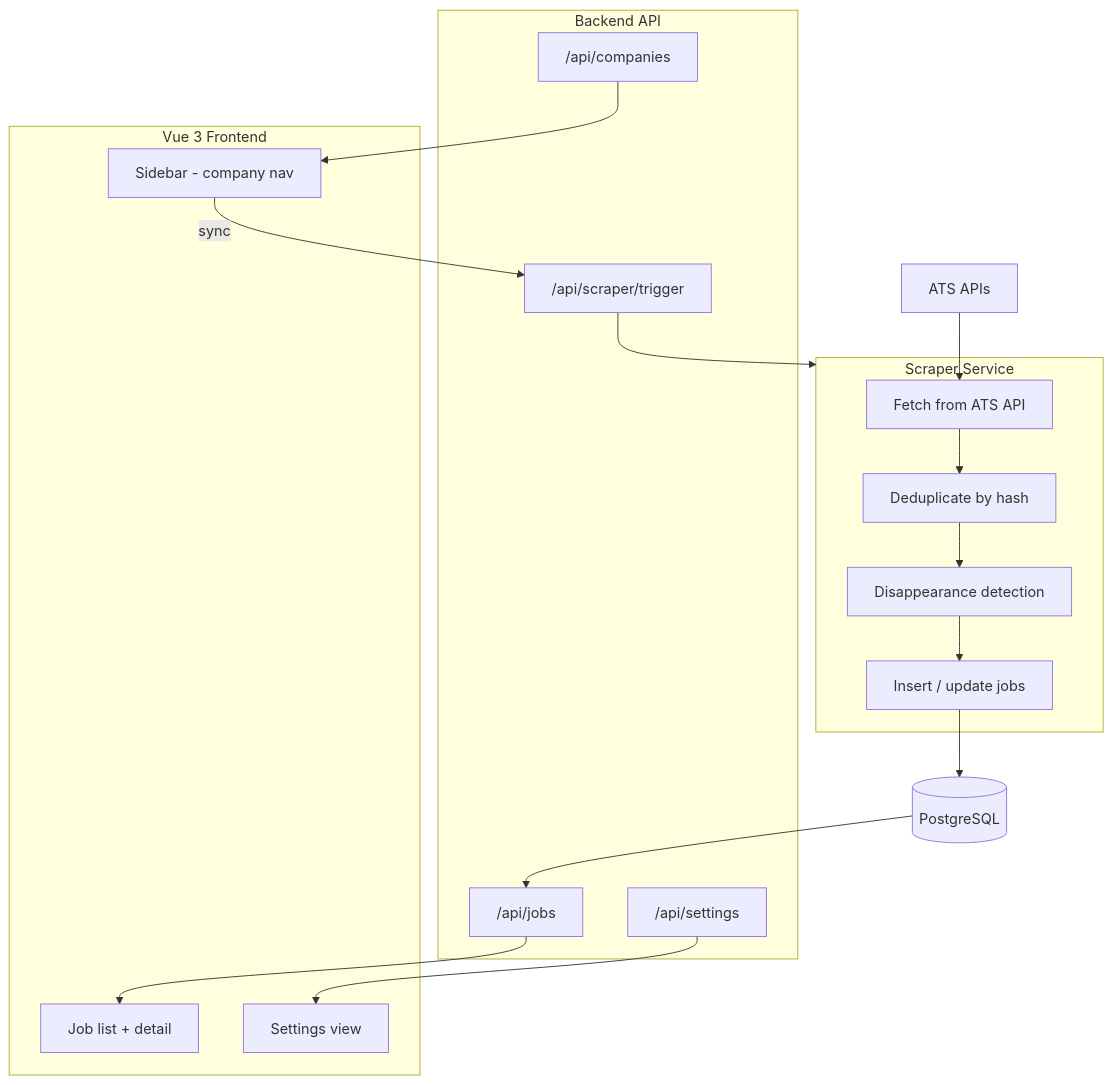
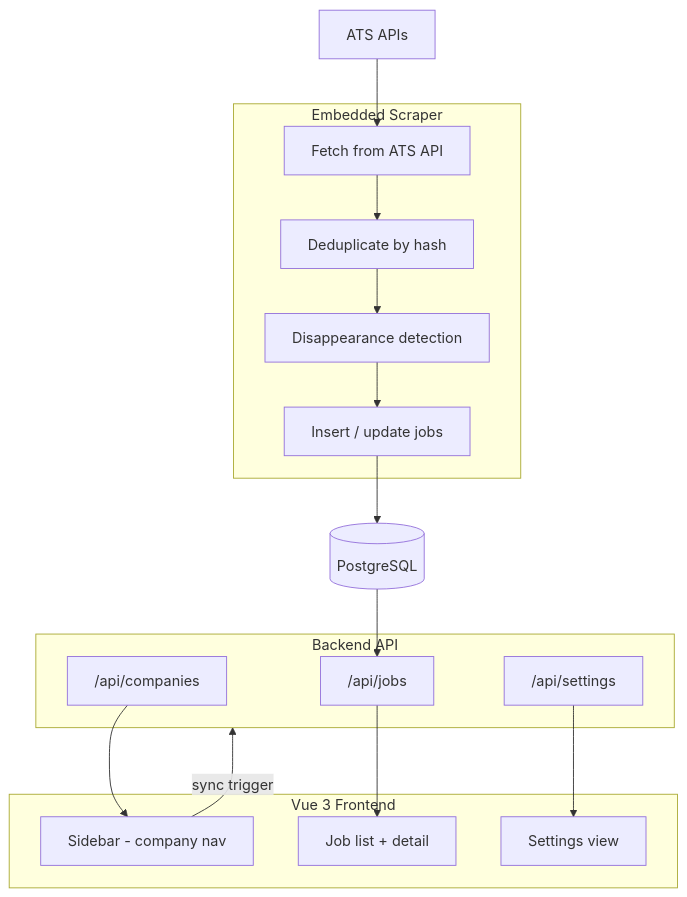
The second of 2 diagrams in docs/README.md (pww217/hirewire), drawn with Mermaid before and after one commit. The commit also changed other lines of this file and 36 other files, not shown here.

````diff
--- a/docs/README.md
+++ b/docs/README.md
@@ -53,34 +48,32 @@
 ```mermaid
 flowchart TB
-    subgraph scraper [Scraper Service]
+    subgraph scraper [Embedded Scraper]
         fetch[Fetch from ATS API]
         dedup[Deduplicate by hash]
         disappear[Disappearance detection]
         insert[Insert / update jobs]
     end
 
     subgraph backend [Backend API]
         companies["/api/companies"]
         jobs["/api/jobs"]
         settings["/api/settings"]
-        trigger["/api/scraper/trigger"]
     end
 
     subgraph frontend [Vue 3 Frontend]
         sidebar[Sidebar - company nav]
         joblist[Job list + detail]
         settingsview[Settings view]
     end
 
     ats[ATS APIs] --> fetch
     fetch --> dedup
     dedup --> disappear
     disappear --> insert
     insert --> db[(PostgreSQL)]
     db --> jobs
     jobs --> joblist
     companies --> sidebar
     settings --> settingsview
-    sidebar -->|sync| trigger
-    trigger --> scraper
+    sidebar -->|sync trigger| backend
 ```
````
